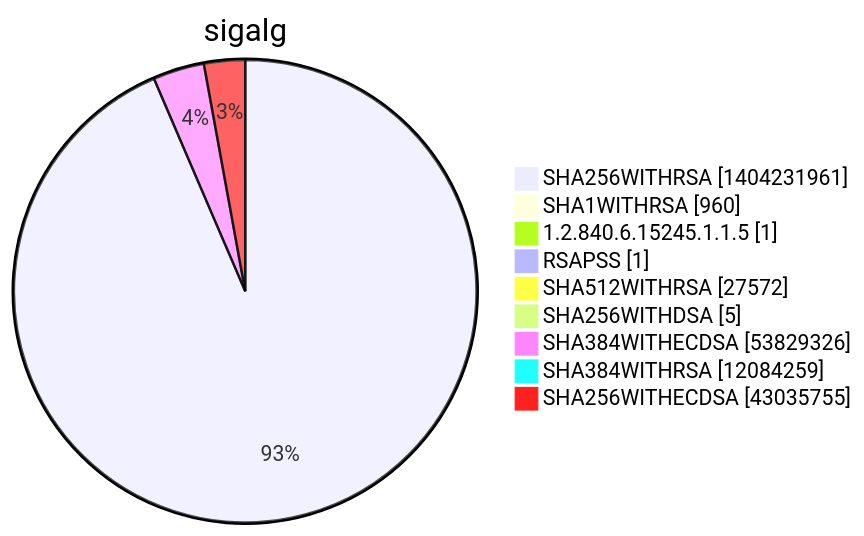
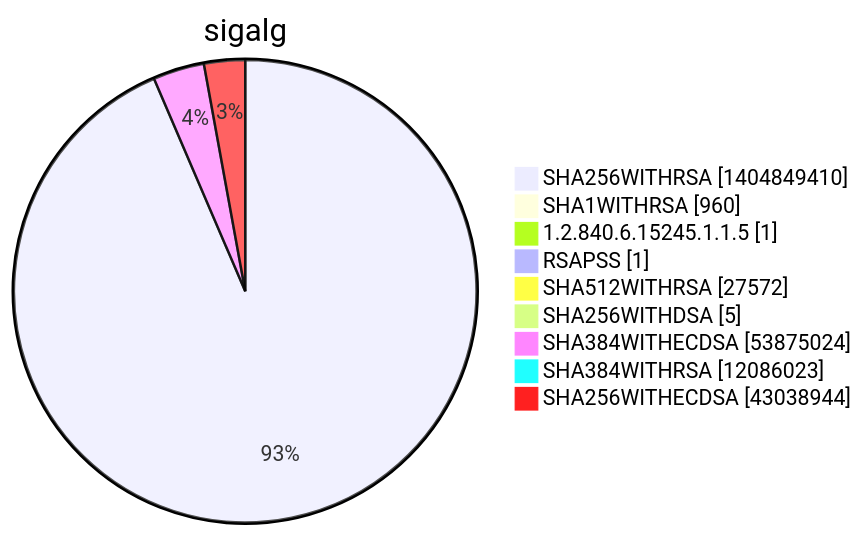
Before and after one commit to christiankrug/ctmonitor_visualization: diagram 15 of 15 in argon2022/README.md, drawn with Mermaid. The commit also changed other lines of this file, not shown here.

````diff
--- a/argon2022/README.md
+++ b/argon2022/README.md
@@ -5524,13 +5524,13 @@
 ```mermaid
 pie showData
 title sigalg
-"SHA256WITHRSA" :1404231961
+"SHA256WITHRSA" :1404849410
 "SHA1WITHRSA" :960
 "1.2.840.6.15245.1.1.5" :1
 "RSAPSS" :1
 "SHA512WITHRSA" :27572
 "SHA256WITHDSA" :5
-"SHA384WITHECDSA" :53829326
-"SHA384WITHRSA" :12084259
-"SHA256WITHECDSA" :43035755
+"SHA384WITHECDSA" :53875024
+"SHA384WITHRSA" :12086023
+"SHA256WITHECDSA" :43038944
 ```
````
